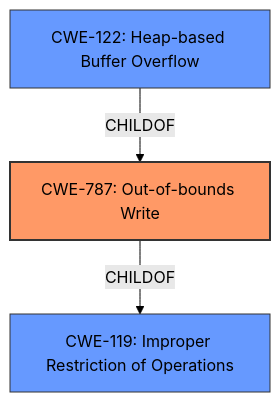
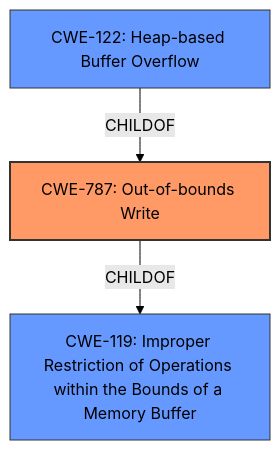
One commit to CyberSecAI/cwe_agent_assign_reports_2023 changed the diagram in CVE-2021-21148/CVE-2021-21148_analysis.md. Above: the diagram before and after it, drawn with Mermaid (forest theme). The commit also changed other lines of this file and 902 other files, not shown here.

````diff
--- a/CVE-2021-21148/CVE-2021-21148_analysis.md
+++ b/CVE-2021-21148/CVE-2021-21148_analysis.md
@@ -18,15 +18,15 @@
 ```mermaid
 graph TD
     cwe787["CWE-787: Out-of-bounds Write"]
-    cwe119["CWE-119: Improper Restriction of Operations"]
+    cwe119["CWE-119: Improper Restriction of Operations within the Bounds of a Memory Buffer"]
     cwe122["CWE-122: Heap-based Buffer Overflow"]
-    
+
     cwe787 -->|CHILDOF| cwe119
     cwe122 -->|CHILDOF| cwe787
-    
+
     classDef primary fill:#f96,stroke:#333,stroke-width:2px
     classDef secondary fill:#69f,stroke:#333
     classDef tertiary fill:#9e9,stroke:#333
     class cwe787 primary
     class cwe122,cwe119 secondary
 ```
````
